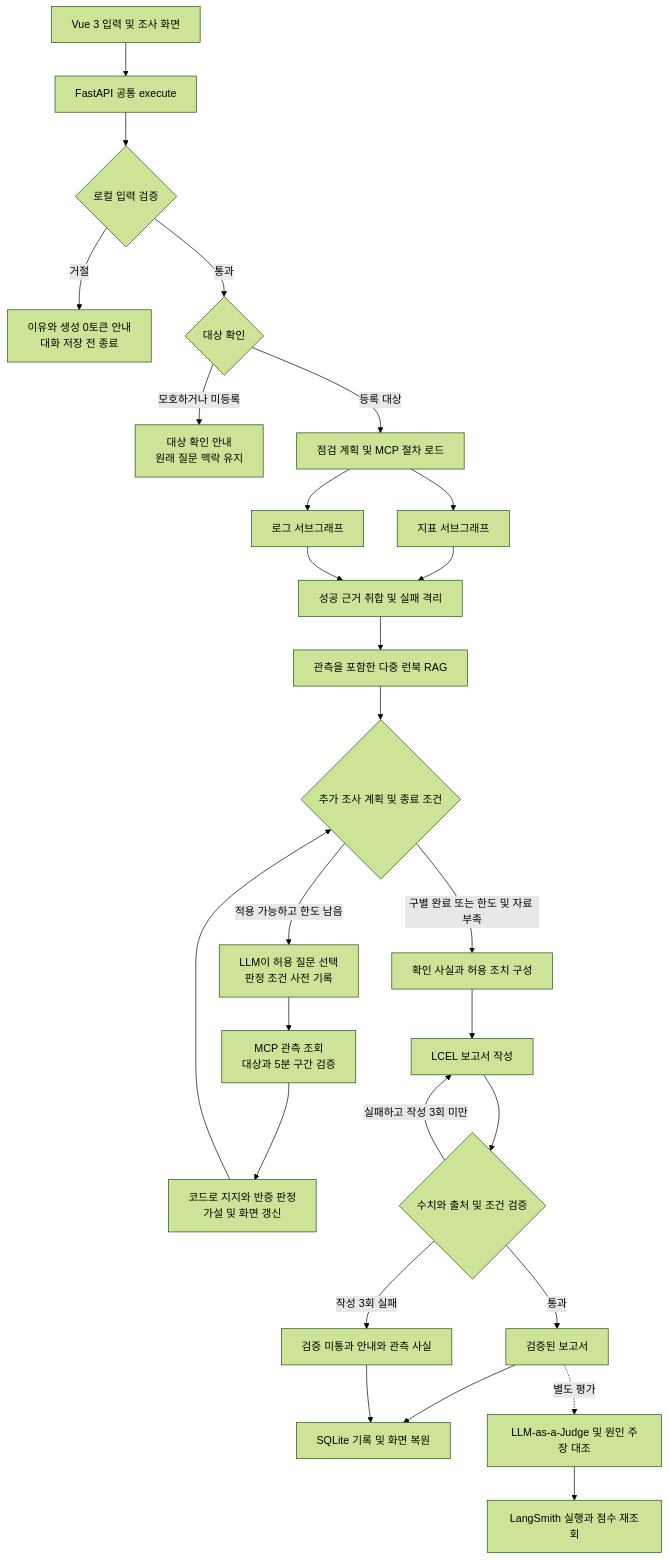
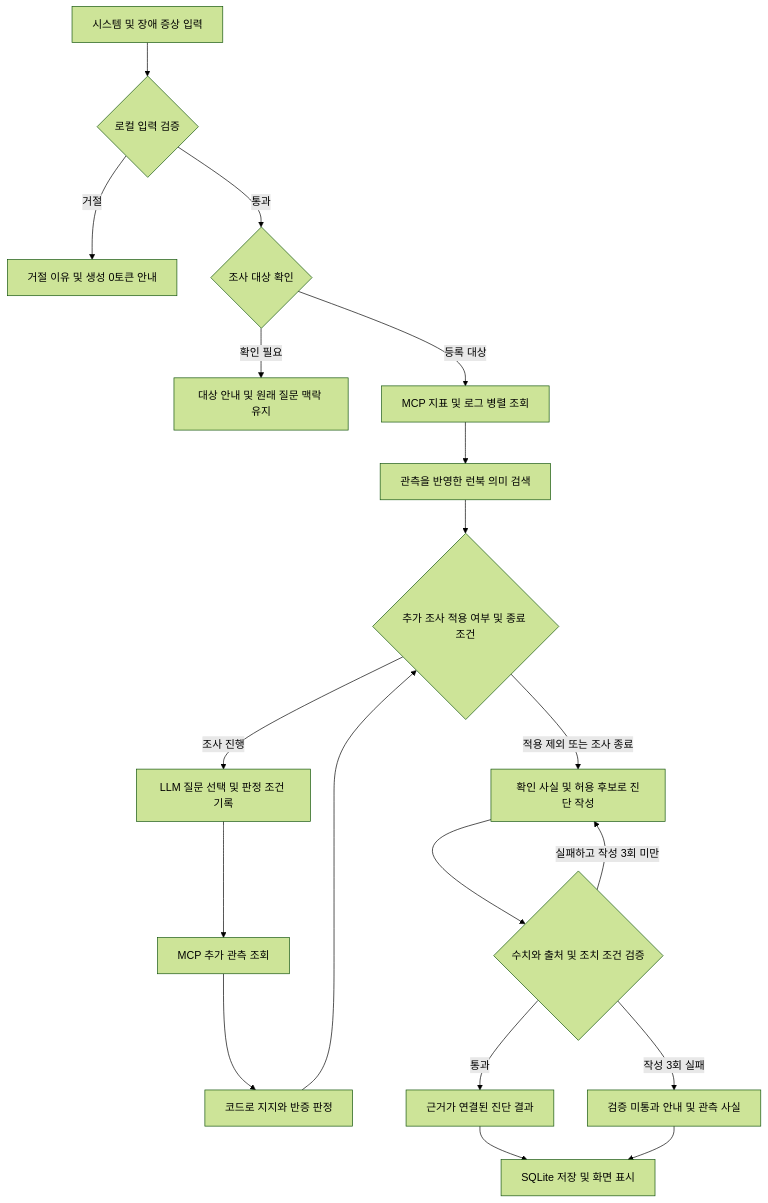
The diagram in README.md (beshurl/skala-ai-mini-project), drawn with Mermaid (forest theme) before and after one commit. The commit also changed other lines of this file, not shown here.

````diff
--- a/README.md
+++ b/README.md
@@ -75,29 +38,21 @@
 ```mermaid
 flowchart TD
-    UI["Vue 3 입력 및 조사 화면"] --> API["FastAPI 공통 execute"]
-    API --> INPUT{"로컬 입력 검증"}
-    INPUT -->|거절| REJECT["이유와 생성 0토큰 안내<br/>대화 저장 전 종료"]
-    INPUT -->|통과| TARGET{"대상 확인"}
-    TARGET -->|모호하거나 미등록| ASK["대상 확인 안내<br/>원래 질문 맥락 유지"]
-    TARGET -->|등록 대상| PLAN["점검 계획 및 MCP 절차 로드"]
-    PLAN --> METRICS["지표 서브그래프"]
-    PLAN --> LOGS["로그 서브그래프"]
-    METRICS --> JOIN["성공 근거 취합 및 실패 격리"]
-    LOGS --> JOIN
-    JOIN --> RAG["관측을 포함한 다중 런북 RAG"]
-    RAG --> IP{"추가 조사 계획 및 종료 조건"}
-    IP -->|적용 가능하고 한도 남음| CHOOSE["LLM이 허용 질문 선택<br/>판정 조건 사전 기록"]
-    CHOOSE --> PROBE["MCP 관측 조회<br/>대상과 5분 구간 검증"]
-    PROBE --> TEST["코드로 지지와 반증 판정<br/>가설 및 화면 갱신"]
-    TEST --> IP
-    IP -->|구별 완료 또는 한도 및 자료 부족| FACTS["확인 사실과 허용 조치 구성"]
-    FACTS --> WRITE["LCEL 보고서 작성"]
-    WRITE --> CHECK{"수치와 출처 및 조건 검증"}
-    CHECK -->|실패하고 작성 3회 미만| WRITE
-    CHECK -->|통과| FINAL["검증된 보고서"]
-    CHECK -->|작성 3회 실패| LIMITED["검증 미통과 안내와 관측 사실"]
-    FINAL --> STORE["SQLite 기록 및 화면 복원"]
-    LIMITED --> STORE
-    FINAL -. 별도 평가 .-> JUDGE["LLM-as-a-Judge 및 원인 주장 대조"]
-    JUDGE --> TRACE["LangSmith 실행과 점수 재조회"]
+    USER["시스템 및 장애 증상 입력"] --> INPUT{"로컬 입력 검증"}
+    INPUT -->|거절| REJECT["거절 이유 및 생성 0토큰 안내"]
+    INPUT -->|통과| TARGET{"조사 대상 확인"}
+    TARGET -->|확인 필요| ASK["대상 안내 및 원래 질문 맥락 유지"]
+    TARGET -->|등록 대상| RESEARCH["MCP 지표 및 로그 병렬 조회"]
+    RESEARCH --> RAG["관측을 반영한 런북 의미 검색"]
+    RAG --> PLAN{"추가 조사 적용 여부 및 종료 조건"}
+    PLAN -->|조사 진행| CHOOSE["LLM 질문 선택 및 판정 조건 기록"]
+    CHOOSE --> PROBE["MCP 추가 관측 조회"]
+    PROBE --> TEST["코드로 지지와 반증 판정"]
+    TEST --> PLAN
+    PLAN -->|적용 제외 또는 조사 종료| WRITE["확인 사실 및 허용 후보로 진단 작성"]
+    WRITE --> VALIDATE{"수치와 출처 및 조치 조건 검증"}
+    VALIDATE -->|실패하고 작성 3회 미만| WRITE
+    VALIDATE -->|통과| ANSWER["근거가 연결된 진단 결과"]
+    VALIDATE -->|작성 3회 실패| FACTS["검증 미통과 안내 및 관측 사실"]
+    ANSWER --> STORE["SQLite 저장 및 화면 표시"]
+    FACTS --> STORE
 ```
````
